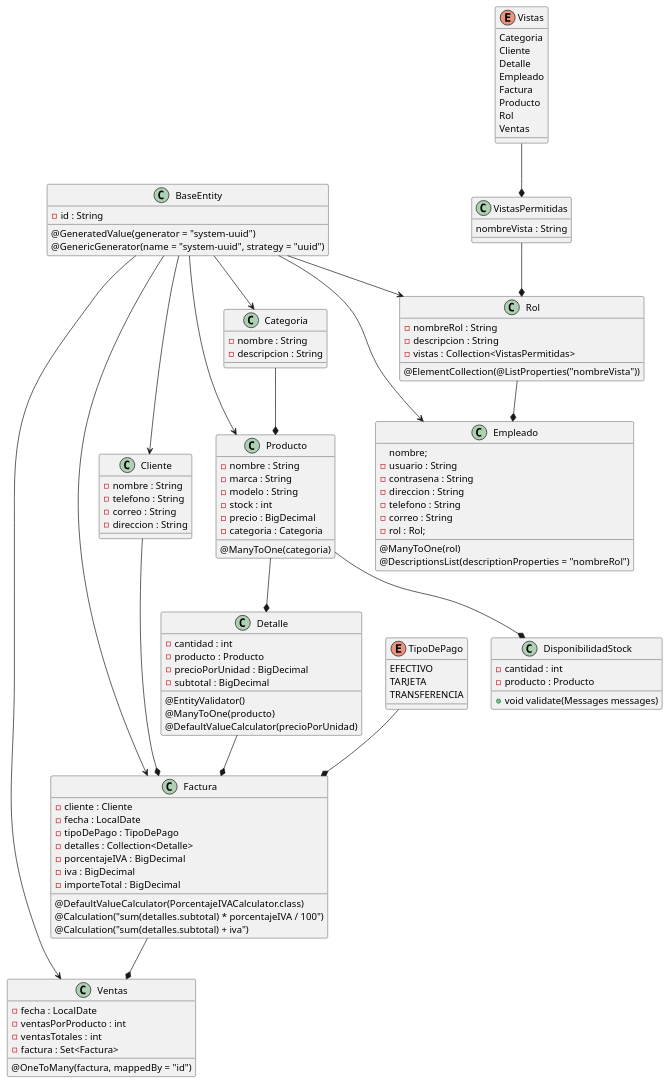
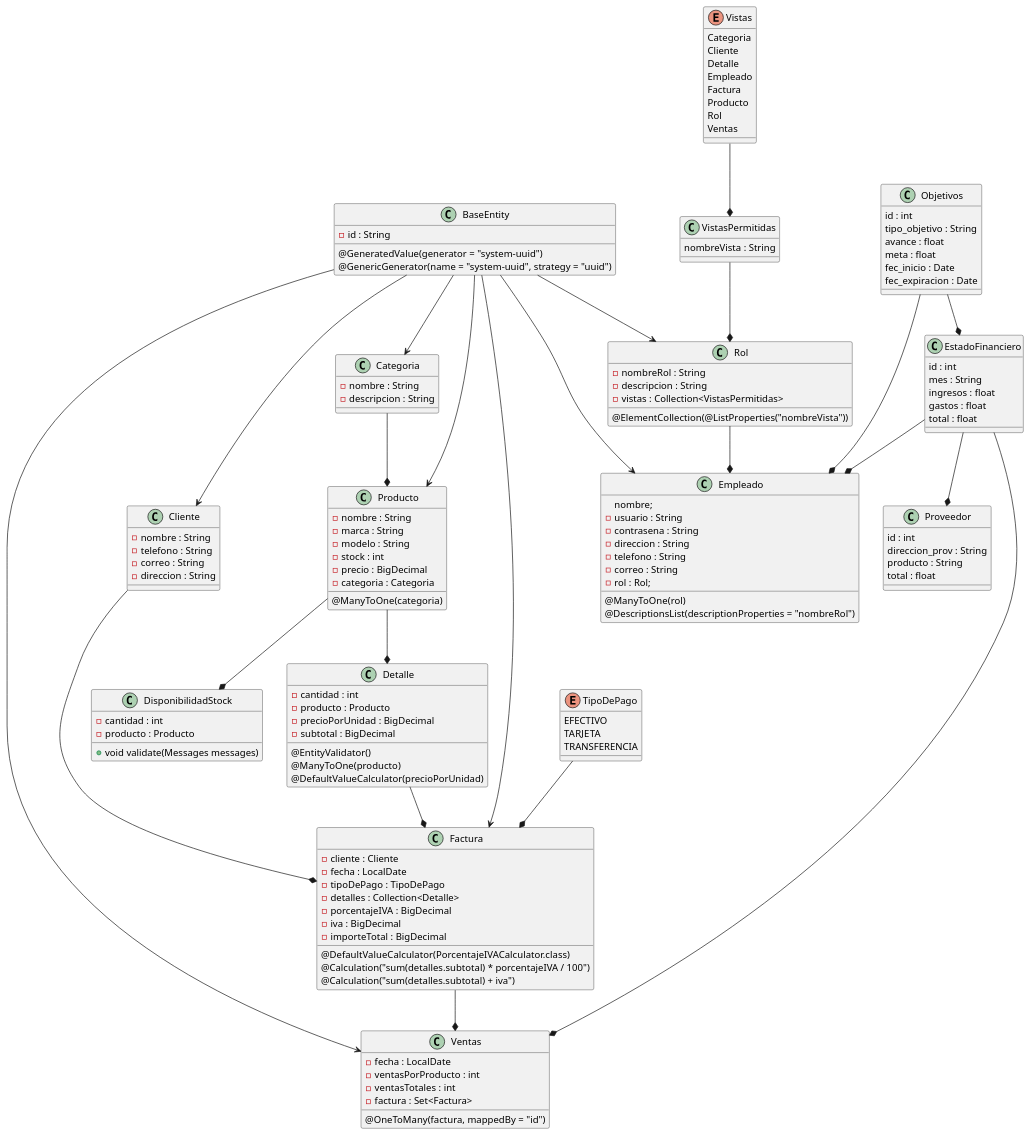
One commit to Janordonez/TechZone changed the diagram in DiagramaClases.puml. Above: the diagram before and after it, drawn with PlantUML. The commit also changed 2 other files, not shown here.

```diff
--- a/DiagramaClases.puml
+++ b/DiagramaClases.puml
@@ -1,148 +1,183 @@
 @startuml
 
 class BaseEntity
 {
 @GeneratedValue(generator = "system-uuid")
 @GenericGenerator(name = "system-uuid", strategy = "uuid")
 - id : String
 }
 
 class Categoria
 {
 - nombre : String
 - descripcion : String
 }
 
 class Cliente
 {
 - nombre : String
 - telefono : String
 - correo : String
 - direccion : String
 }
 
 class Detalle
 {
 @EntityValidator()
 - cantidad : int
 @ManyToOne(producto)
 - producto : Producto
 @DefaultValueCalculator(precioPorUnidad)
 - precioPorUnidad : BigDecimal
 - subtotal : BigDecimal
 }
 
 class Empleado
 {
 nombre;
 - usuario : String
 - contrasena : String
 - direccion : String
 - telefono : String
 - correo : String
 @ManyToOne(rol)
 @DescriptionsList(descriptionProperties = "nombreRol")
 - rol : Rol;
 }
 
 class Factura
 {
 - cliente : Cliente
 - fecha : LocalDate
 - tipoDePago : TipoDePago
 - detalles : Collection<Detalle>
 @DefaultValueCalculator(PorcentajeIVACalculator.class)
 - porcentajeIVA : BigDecimal
 @Calculation("sum(detalles.subtotal) * porcentajeIVA / 100")
 - iva : BigDecimal
 @Calculation("sum(detalles.subtotal) + iva")
 - importeTotal : BigDecimal
 }
 
 class Producto
 {
 - nombre : String
 - marca : String
 - modelo : String
 - stock : int
 - precio : BigDecimal
 @ManyToOne(categoria)
 - categoria : Categoria
 }
 
 class Rol
 {
 - nombreRol : String
 - descripcion : String
 @ElementCollection(@ListProperties("nombreVista"))
 - vistas : Collection<VistasPermitidas>
 }
 
 enum TipoDePago
 {
 EFECTIVO
 TARJETA
 TRANSFERENCIA
 }
 
 class Ventas
 {
 - fecha : LocalDate
 - ventasPorProducto : int
 - ventasTotales : int
 @OneToMany(factura, mappedBy = "id")
 - factura : Set<Factura>
 }
 
 enum Vistas
 {
 Categoria
 Cliente
 Detalle
 Empleado
 Factura
 Producto
 Rol
 Ventas
 }
 
 class VistasPermitidas
 {
 nombreVista : String
 }
 
 class DisponibilidadStock
 {
 - cantidad : int
 - producto : Producto
 + void validate(Messages messages)
 }
 
+class Objetivos
+{
+id : int
+tipo_objetivo : String
+avance : float
+meta : float
+fec_inicio : Date
+fec_expiracion : Date
+}
+
+class EstadoFinanciero
+{
+id : int
+mes : String
+ingresos : float
+gastos : float
+total : float
+}
+
+class Proveedor
+{
+id : int
+direccion_prov : String
+producto : String
+total : float
+}
+
 BaseEntity --> Categoria
 BaseEntity --> Cliente
 BaseEntity --> Empleado
 BaseEntity --> Factura
 BaseEntity --> Producto
 BaseEntity --> Rol
 BaseEntity --> Ventas
 
 Categoria --* Producto
 
 Cliente --* Factura
 
 Detalle --* Factura
 
 Producto --* Detalle
 Producto --* DisponibilidadStock
 
 Factura --* Ventas
 
 Rol --* Empleado
 
 TipoDePago --* Factura
 
 VistasPermitidas --* Rol
 
 Vistas --* VistasPermitidas
 
+Objetivos --* Empleado
+Objetivos --* EstadoFinanciero
+
+EstadoFinanciero --* Proveedor
+EstadoFinanciero --* Ventas
+EstadoFinanciero --* Empleado
+
+
 @enduml
```
